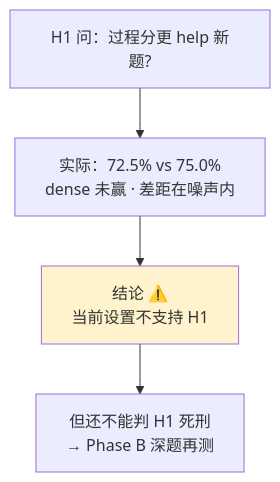
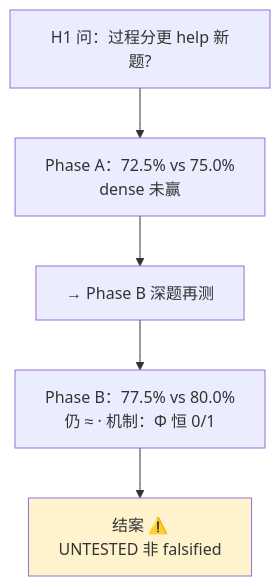
Before and after one commit to BoyuanZhu2021/research_2026: diagram 17 of 23 in LOGS/report_week2.md, drawn with Mermaid. The commit also changed other lines of this file, not shown here.

First line of the commit message:
Update Week 2 report with Phase B, H1 resolution, and Round-2 Stage 0.

````diff
--- a/LOGS/report_week2.md
+++ b/LOGS/report_week2.md
@@ -621,9 +1038,10 @@
 ```mermaid
 flowchart TB
     Q["H1 问：过程分更 help 新题?"]
-    Q --> R["实际：72.5% vs 75.0%<br/>dense 未赢 · 差距在噪声内"]
-    R --> C["结论 ⚠️<br/>当前设置不支持 H1"]
-    C --> N["但还不能判 H1 死刑<br/>→ Phase B 深题再测"]
+    Q --> R["Phase A：72.5% vs 75.0%<br/>dense 未赢"]
+    R --> PB["→ Phase B 深题再测"]
+    PB --> R2["Phase B：77.5% vs 80.0%<br/>仍 ≈ · 机制：Φ 恒 0/1"]
+    R2 --> C["结案 ⚠️<br/>UNTESTED 非 falsified"]
 
     style C fill:#fff3cd
 ```
````
